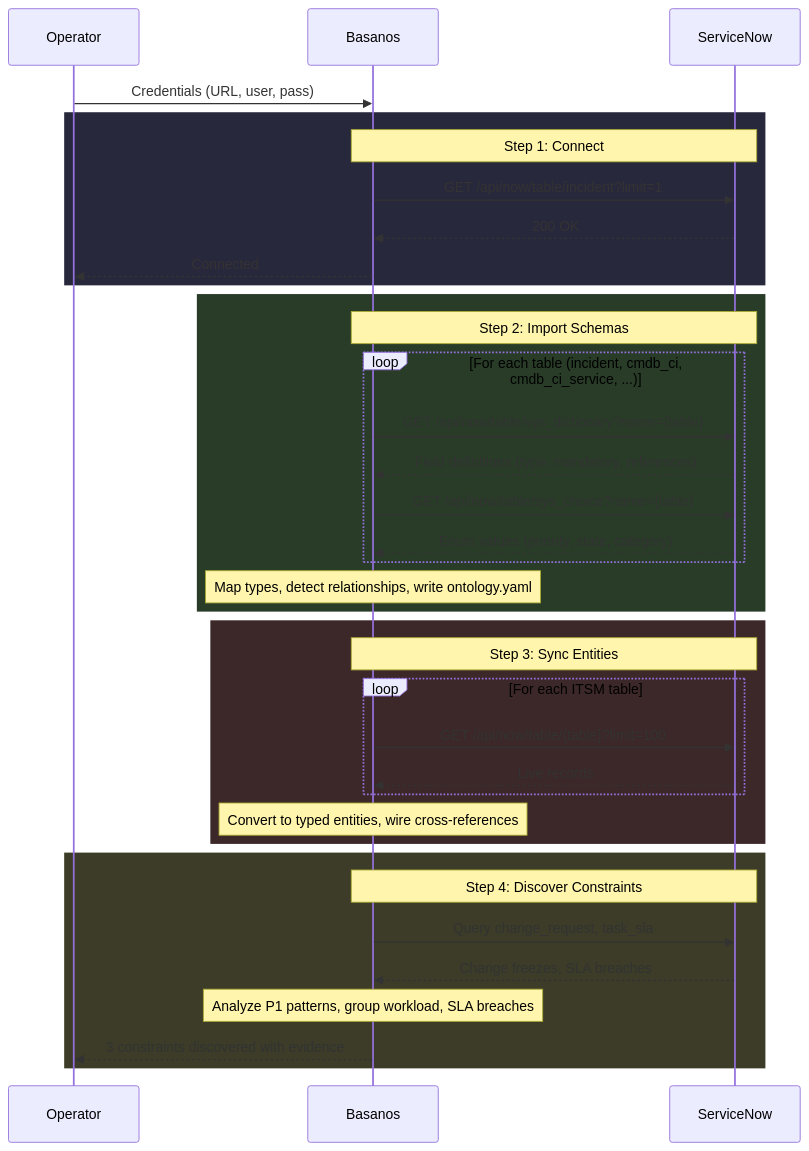
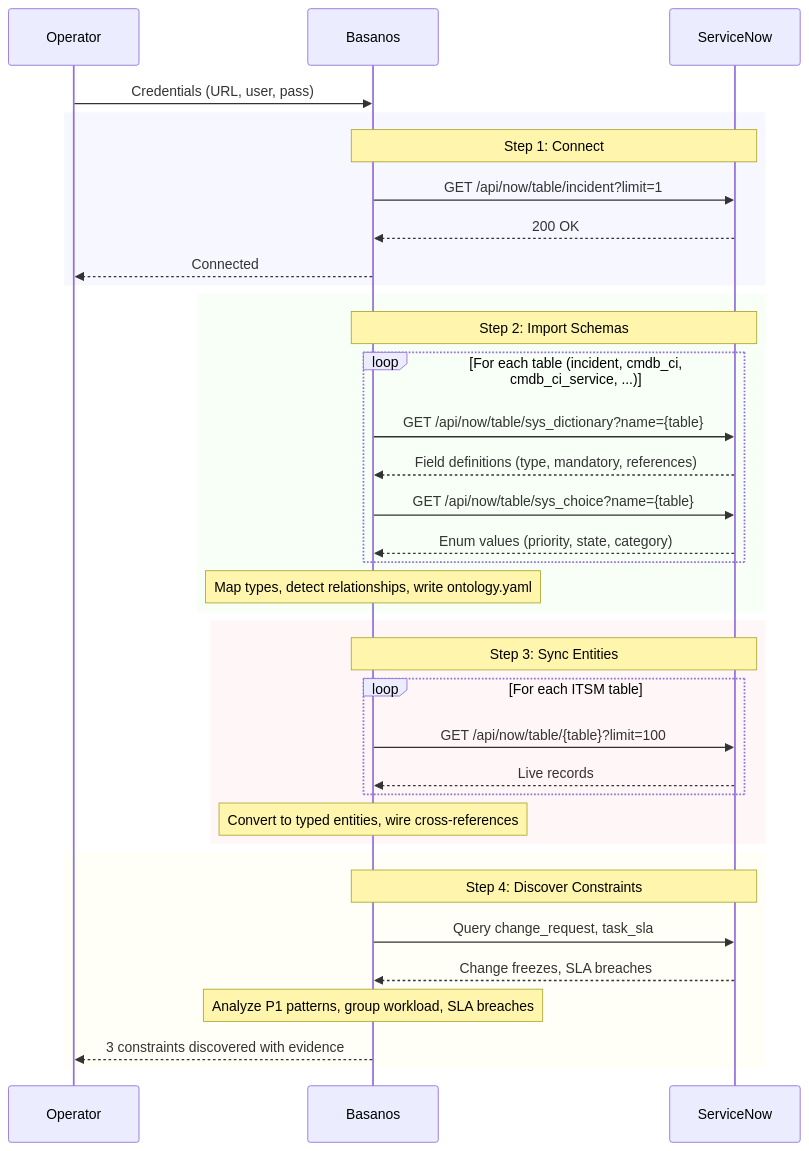
The third of 5 diagrams in README.md (leojacinto/project-basanos), drawn with Mermaid before and after one commit.

Commit message:
fix: use light transparent rect colors in Mermaid sequence diagram
Dark RGB backgrounds were clashing with GitHub light theme and
swallowing message text. Switched to rgba with 0.15 opacity for
subtle pastel tints that work on both light and dark themes.

````diff
--- a/README.md
+++ b/README.md
@@ -117,43 +117,43 @@
 ```mermaid
 sequenceDiagram
     participant Operator
     participant Basanos
     participant ServiceNow
 
     Operator->>Basanos: Credentials (URL, user, pass)
 
-    rect rgb(40, 40, 60)
+    rect rgba(200, 200, 255, 0.15)
     Note over Basanos,ServiceNow: Step 1: Connect
     Basanos->>ServiceNow: GET /api/now/table/incident?limit=1
     ServiceNow-->>Basanos: 200 OK
     Basanos-->>Operator: Connected
     end
 
-    rect rgb(40, 60, 40)
+    rect rgba(200, 255, 200, 0.15)
     Note over Basanos,ServiceNow: Step 2: Import Schemas
     loop For each table (incident, cmdb_ci, cmdb_ci_service, ...)
         Basanos->>ServiceNow: GET /api/now/table/sys_dictionary?name={table}
         ServiceNow-->>Basanos: Field definitions (type, mandatory, references)
         Basanos->>ServiceNow: GET /api/now/table/sys_choice?name={table}
         ServiceNow-->>Basanos: Enum values (priority, state, category)
     end
     Note over Basanos: Map types, detect relationships, write ontology.yaml
     end
 
-    rect rgb(60, 40, 40)
+    rect rgba(255, 200, 200, 0.15)
     Note over Basanos,ServiceNow: Step 3: Sync Entities
     loop For each ITSM table
         Basanos->>ServiceNow: GET /api/now/table/{table}?limit=100
         ServiceNow-->>Basanos: Live records
     end
     Note over Basanos: Convert to typed entities, wire cross-references
     end
 
-    rect rgb(60, 60, 40)
+    rect rgba(255, 255, 200, 0.15)
     Note over Basanos,ServiceNow: Step 4: Discover Constraints
     Basanos->>ServiceNow: Query change_request, task_sla
     ServiceNow-->>Basanos: Change freezes, SLA breaches
     Note over Basanos: Analyze P1 patterns, group workload, SLA breaches
     Basanos-->>Operator: 3 constraints discovered with evidence
     end
 ```
````
